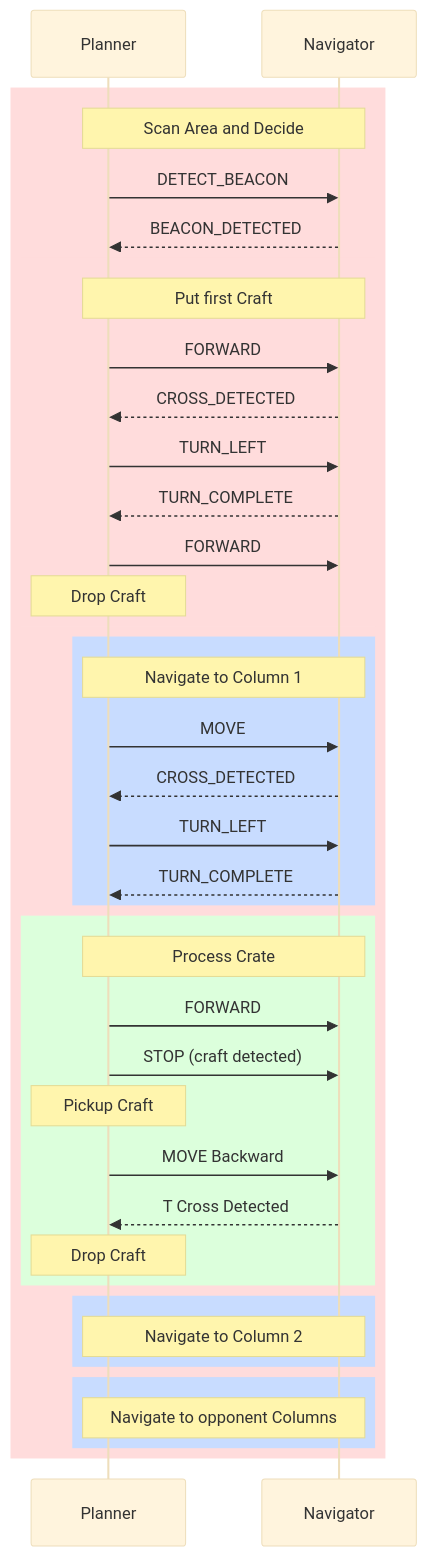
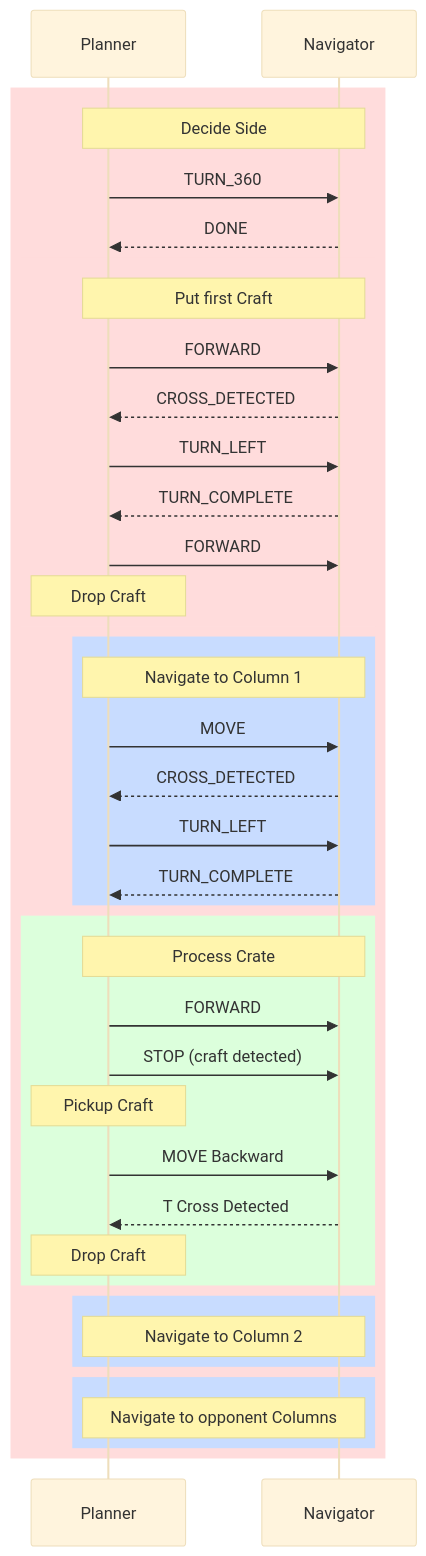
One commit to yuanzhedong/ME218-final changed the diagram in FSM/sequence_diagram.md. Above: the diagram before and after it, drawn with Mermaid (base theme). The commit also changed 2 other files, not shown here.

Commit message:
refine planner

````diff
--- a/FSM/sequence_diagram.md
+++ b/FSM/sequence_diagram.md
@@ -1,48 +1,48 @@
 ```mermaid
 sequenceDiagram
     participant Planner
     participant Navigator
 
     rect rgb(255, 220, 220)
-    Note over Planner,Navigator: Scan Area and Decide
-    Planner->>Navigator: DETECT_BEACON
-    Navigator-->>Planner: BEACON_DETECTED
+    Note over Planner,Navigator: Decide Side
+    Planner->>Navigator: TURN_360
+    Navigator-->>Planner: DONE
 
     rect rgb(255, 220, 220)
     Note over Planner,Navigator: Put first Craft
     Planner->>Navigator: FORWARD
     Navigator-->>Planner: CROSS_DETECTED
     Planner->>Navigator: TURN_LEFT
     Navigator-->>Planner: TURN_COMPLETE
     Planner->>Navigator: FORWARD
     Note over Planner: Drop Craft
     end
 
     rect rgb(200, 220, 255)
     Note over Planner,Navigator: Navigate to Column 1
     Planner->>Navigator: MOVE
     Navigator-->>Planner: CROSS_DETECTED
     Planner->>Navigator: TURN_LEFT
     Navigator-->>Planner: TURN_COMPLETE
     end
 
     rect rgb(220, 255, 220)
     Note over Planner,Navigator: Process Crate
     Planner->>Navigator: FORWARD
     Planner->>Navigator: STOP (craft detected)
     Note over Planner: Pickup Craft
     Planner->>Navigator: MOVE Backward
     Navigator-->>Planner: T Cross Detected
     Note over Planner: Drop Craft
     end
 
     rect rgb(200, 220, 255)
     Note over Planner,Navigator: Navigate to Column 2
     end
 
     rect rgb(200, 220, 255)
     Note over Planner,Navigator: Navigate to opponent Columns
     end
 
     end
 ```
````
